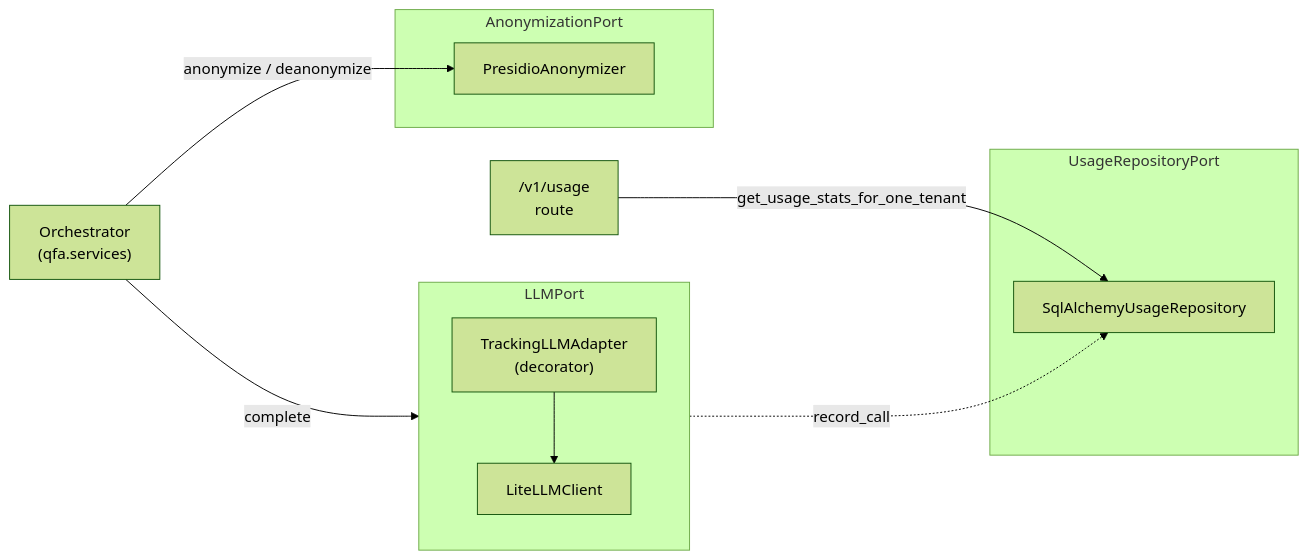
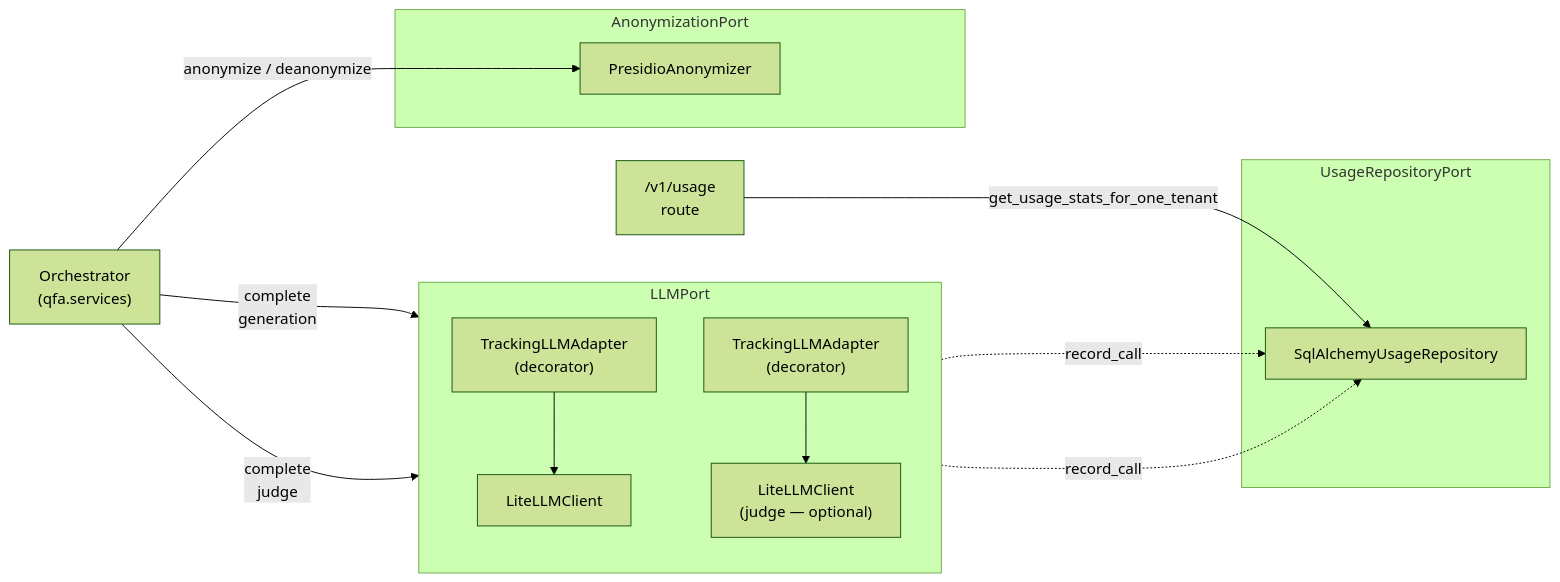
Before and after one commit to rodekruis/qualitative-feedback-analysis: the diagram in docs/architecture/03-components.md, drawn with Mermaid (forest theme). The commit also changed other lines of this file and 12 other files, not shown here.

First line of the commit message:
feat(llm): add optional separate LLM connection for judge calls

````diff
--- a/docs/architecture/03-components.md
+++ b/docs/architecture/03-components.md
@@ -7,24 +7,29 @@
 ```mermaid
 flowchart LR
     orch["Orchestrator<br/>(qfa.services)"]
 
     subgraph llmport["LLMPort"]
         direction TB
         tracking["TrackingLLMAdapter<br/>(decorator)"]
         litellm["LiteLLMClient"]
         tracking --> litellm
+        judgetracking["TrackingLLMAdapter<br/>(decorator)"]
+        judgelitellm["LiteLLMClient<br/>(judge — optional)"]
+        judgetracking --> judgelitellm
     end
 
     subgraph anonport["AnonymizationPort"]
         presidio["PresidioAnonymizer"]
     end
 
     subgraph usageport["UsageRepositoryPort"]
         sqlrepo["SqlAlchemyUsageRepository"]
     end
 
-    orch -->|complete| tracking
+    orch -->|complete<br/>generation| tracking
+    orch -->|complete<br/>judge| judgetracking
     orch -->|anonymize / deanonymize| presidio
     tracking -.->|record_call| sqlrepo
+    judgetracking -.->|record_call| sqlrepo
     routes_usage["/v1/usage<br/>route"] -->|get_usage_stats_for_one_tenant| sqlrepo
 ```
````
